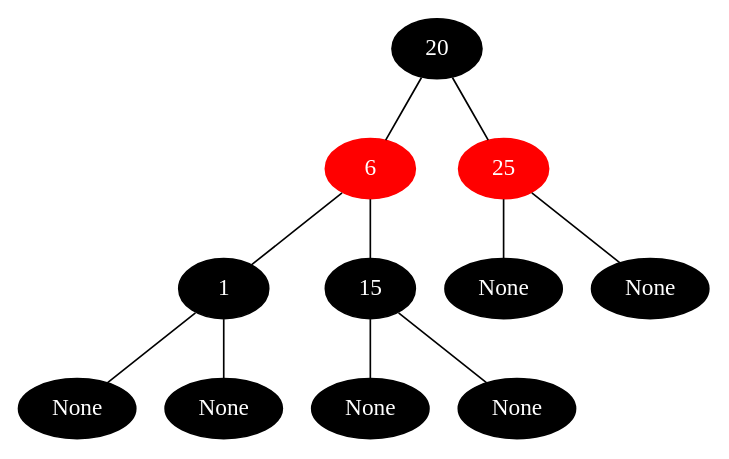
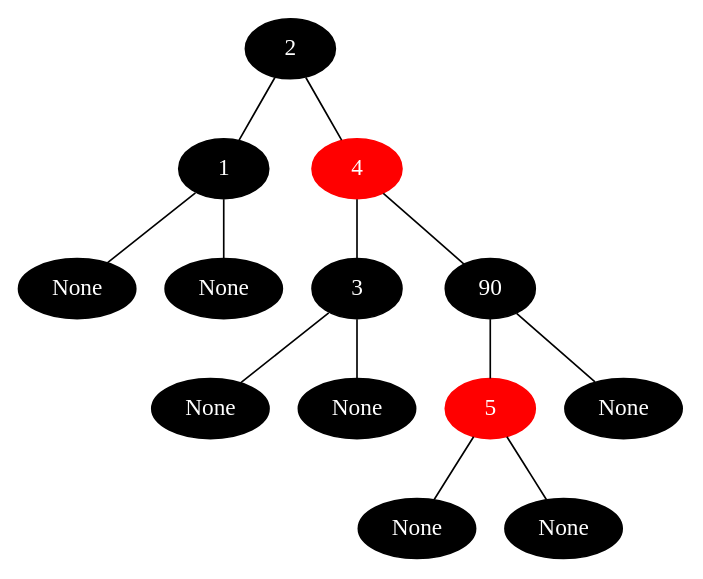
Before and after one commit to UofA522/Project2: the diagram in src/rbt/rbt_after_delete.dot, drawn with Graphviz. The commit also changed 20 other files, not shown here.

```diff
--- a/src/rbt/rbt_after_delete.dot
+++ b/src/rbt/rbt_after_delete.dot
@@ -1,23 +1,27 @@
 graph {
-	 0 [label="20", color=black, style=filled, fontcolor=white];
-	 1 [label="6", color=red, style=filled, fontcolor=white];
-	 2 [label="1", color=black, style=filled, fontcolor=white];
+	 0 [label="2", color=black, style=filled, fontcolor=white];
+	 1 [label="1", color=black, style=filled, fontcolor=white];
+	 2 [label="None", color=black, style=filled, fontcolor=white];
 	 3 [label="None", color=black, style=filled, fontcolor=white];
-	 4 [label="None", color=black, style=filled, fontcolor=white];
-	 5 [label="15", color=black, style=filled, fontcolor=white];
+	 4 [label="4", color=red, style=filled, fontcolor=white];
+	 5 [label="3", color=black, style=filled, fontcolor=white];
 	 6 [label="None", color=black, style=filled, fontcolor=white];
 	 7 [label="None", color=black, style=filled, fontcolor=white];
-	 8 [label="25", color=red, style=filled, fontcolor=white];
-	 9 [label="None", color=black, style=filled, fontcolor=white];
+	 8 [label="90", color=black, style=filled, fontcolor=white];
+	 9 [label="5", color=red, style=filled, fontcolor=white];
 	 10 [label="None", color=black, style=filled, fontcolor=white];
+	 11 [label="None", color=black, style=filled, fontcolor=white];
+	 12 [label="None", color=black, style=filled, fontcolor=white];
 	 0 -- 1;
 	 1 -- 2;
-	 2 -- 3;
-	 2 -- 4;
-	 1 -- 5;
+	 1 -- 3;
+	 0 -- 4;
+	 4 -- 5;
 	 5 -- 6;
 	 5 -- 7;
-	 0 -- 8;
+	 4 -- 8;
 	 8 -- 9;
-	 8 -- 10;
+	 9 -- 10;
+	 9 -- 11;
+	 8 -- 12;
 }
```
